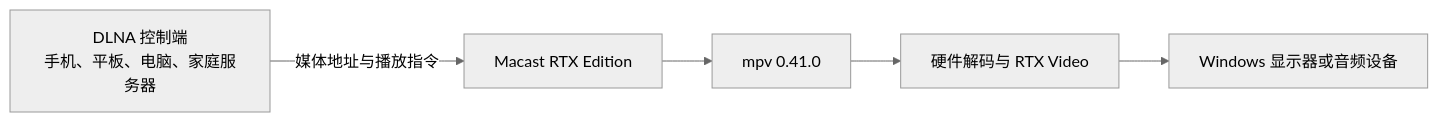
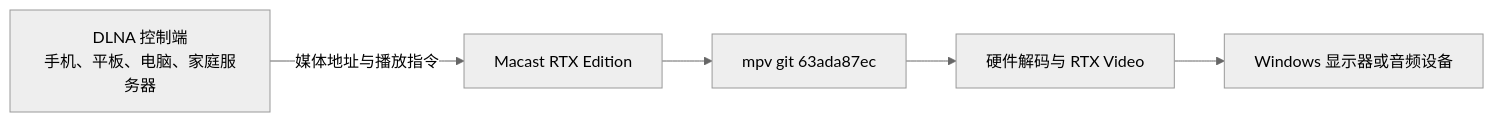
One commit to lemonevo/Macast-RTX-Edition changed the diagram in README.md. Above: the diagram before and after it, drawn with Mermaid (neutral theme). The commit also changed other lines of this file and 4 other files, not shown here.

````diff
--- a/README.md
+++ b/README.md
@@ -51,7 +51,7 @@
 ```mermaid
 flowchart LR
     A["DLNA 控制端<br/>手机、平板、电脑、家庭服务器"] -->|媒体地址与播放指令| B["Macast RTX Edition"]
-    B --> C["mpv 0.41.0"]
+    B --> C["mpv git 63ada87ec"]
     C --> D["硬件解码与 RTX Video"]
     D --> E["Windows 显示器或音频设备"]
 ```
````
